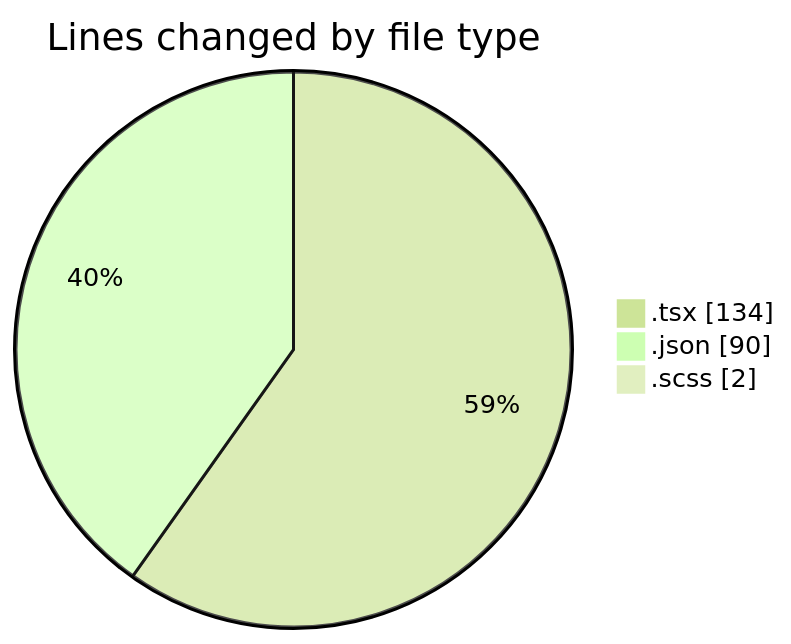
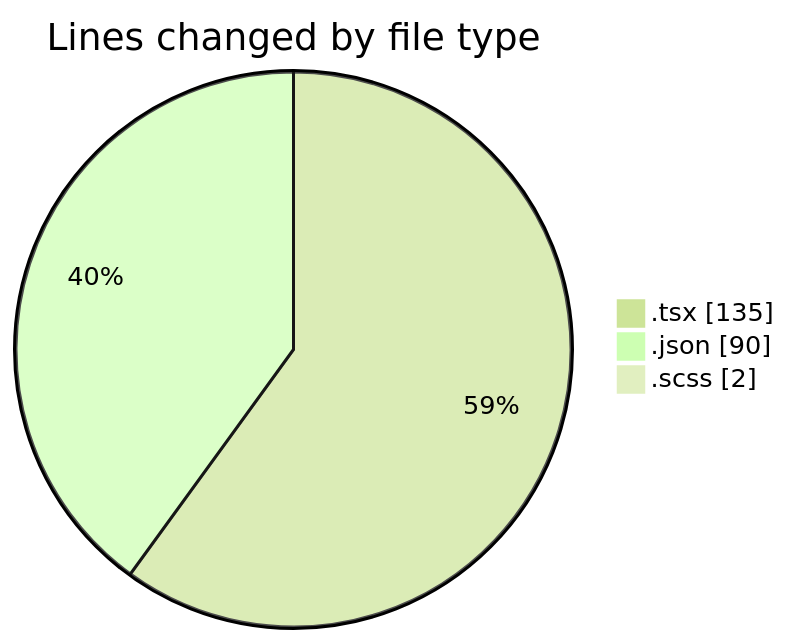
One commit to momahboobian/code-tracking changed the first of 2 diagrams in 2026-05-13/cda/README.md. Above: the diagram before and after it, drawn with Mermaid (forest theme). The commit also changed other lines of this file and 1 other file, not shown here.

````diff
--- a/2026-05-13/cda/README.md
+++ b/2026-05-13/cda/README.md
@@ -24,7 +24,7 @@
 ```mermaid
 pie showData
 title Lines changed by file type
-".tsx" : 134
+".tsx" : 135
 ".json" : 90
 ".scss" : 2
 ```
````
